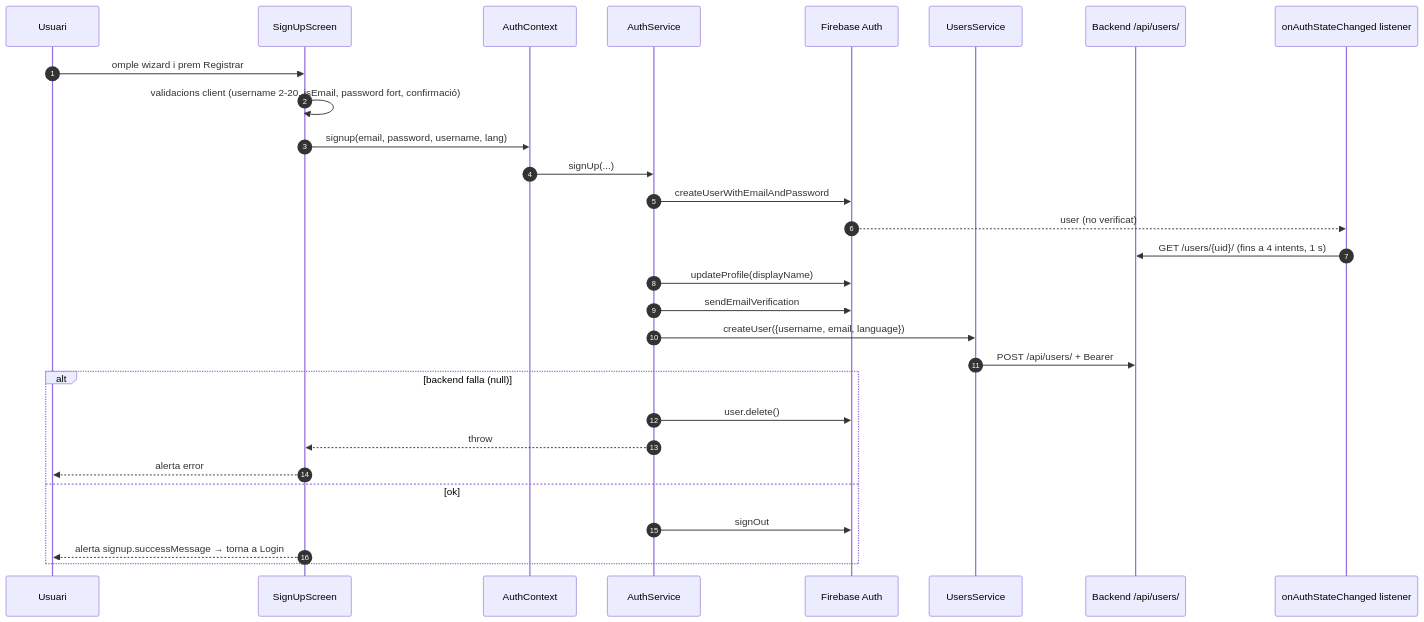
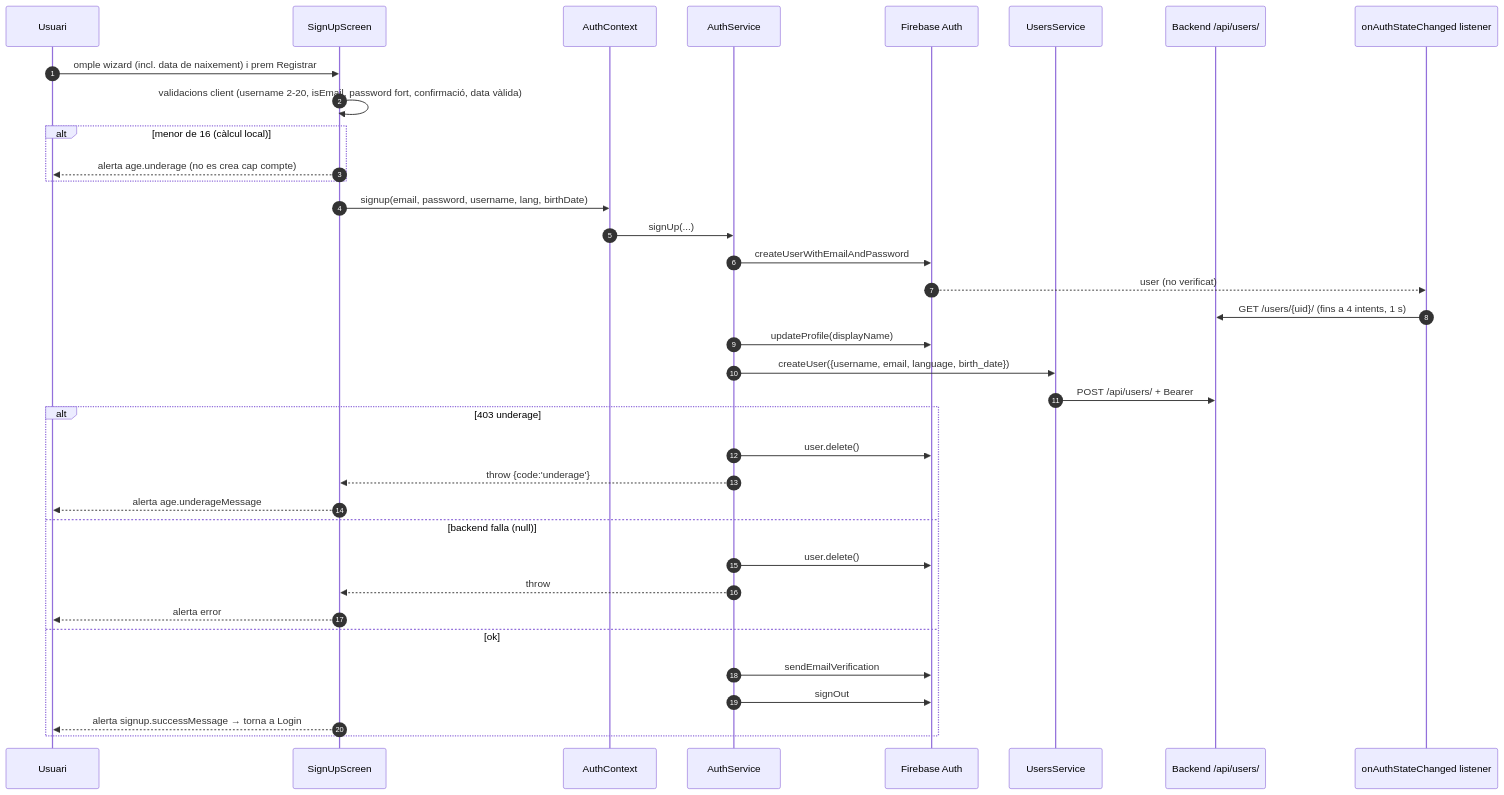
The diagram in docs/flows/01-signup.md (jordirev/RefugisLliures_Frontend), drawn with Mermaid before and after one commit. The commit also changed other lines of this file and 9 other files, not shown here.

````diff
--- a/docs/flows/01-signup.md
+++ b/docs/flows/01-signup.md
@@ -16,32 +17,39 @@
 ```mermaid
 sequenceDiagram
     autonumber
     participant U as Usuari
     participant S as SignUpScreen
     participant AC as AuthContext
     participant AS as AuthService
     participant FB as Firebase Auth
     participant US as UsersService
     participant BE as Backend /api/users/
     participant L as onAuthStateChanged listener
 
-    U->>S: omple wizard i prem Registrar
-    S->>S: validacions client (username 2-20, isEmail, password fort, confirmació)
-    S->>AC: signup(email, password, username, lang)
+    U->>S: omple wizard (incl. data de naixement) i prem Registrar
+    S->>S: validacions client (username 2-20, isEmail, password fort, confirmació, data vàlida)
+    alt menor de 16 (càlcul local)
+        S-->>U: alerta age.underage (no es crea cap compte)
+    end
+    S->>AC: signup(email, password, username, lang, birthDate)
     AC->>AS: signUp(...)
     AS->>FB: createUserWithEmailAndPassword
     FB-->>L: user (no verificat)
     L->>BE: GET /users/{uid}/ (fins a 4 intents, 1 s)
     AS->>FB: updateProfile(displayName)
-    AS->>FB: sendEmailVerification
-    AS->>US: createUser({username, email, language})
+    AS->>US: createUser({username, email, language, birth_date})
     US->>BE: POST /api/users/ + Bearer
-    alt backend falla (null)
+    alt 403 underage
+        AS->>FB: user.delete()
+        AS-->>S: throw {code:'underage'}
+        S-->>U: alerta age.underageMessage
+    else backend falla (null)
         AS->>FB: user.delete()
         AS-->>S: throw
         S-->>U: alerta error
     else ok
+        AS->>FB: sendEmailVerification
         AS->>FB: signOut
         S-->>U: alerta signup.successMessage → torna a Login
     end
 ```
````
